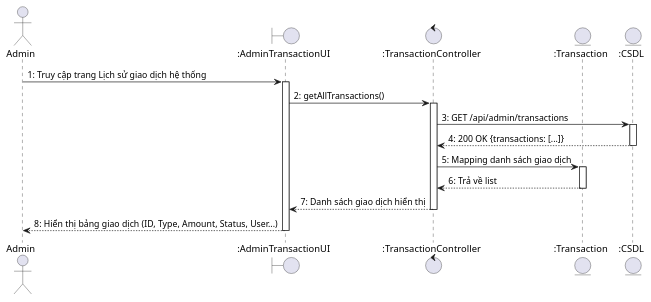
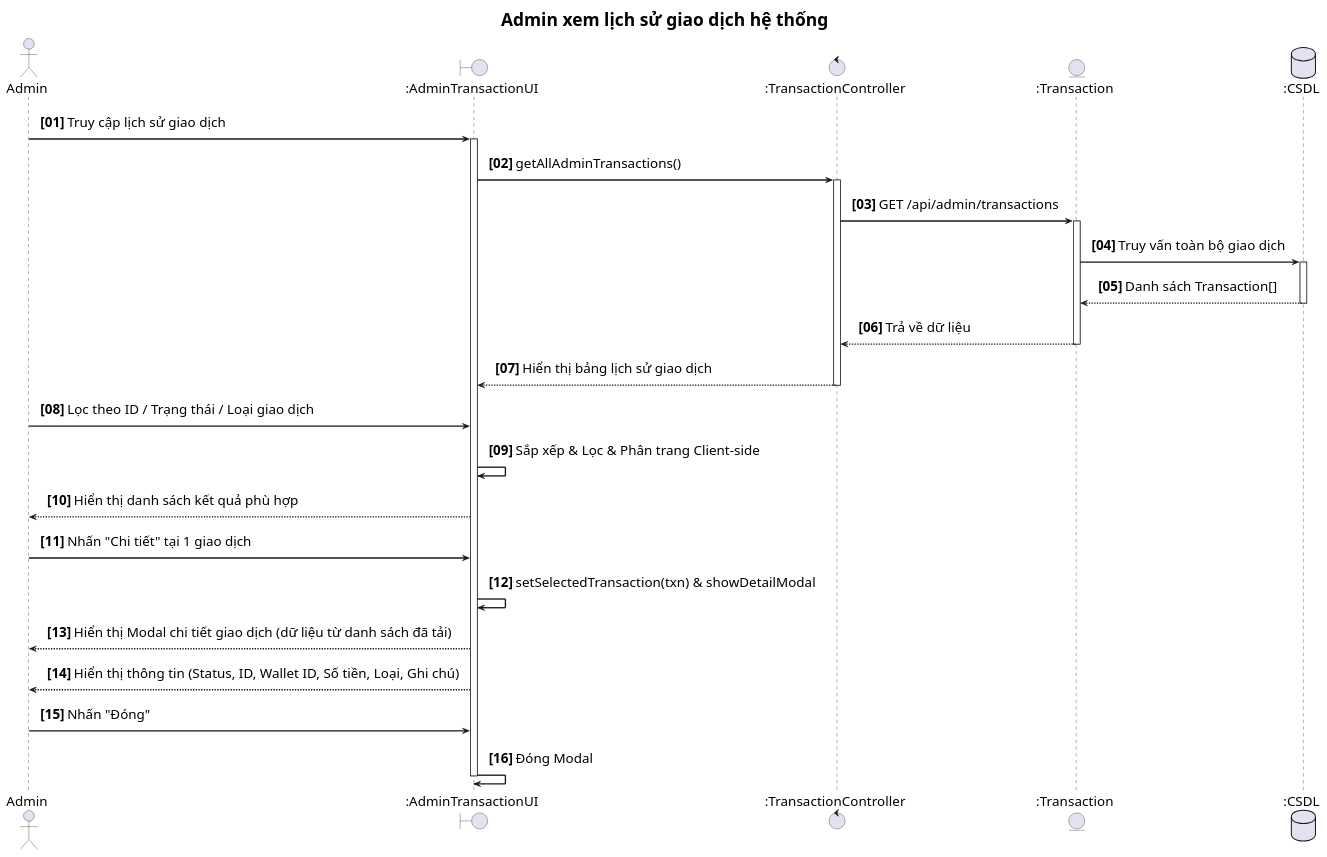
The diagram in front-end/src/usecaseUML/UC62_AdminXemGiaoDich.puml (Gonztbl/DATN_FRONT-END), drawn with PlantUML before and after one commit. The commit also changed 45 other files, not shown here.

```diff
--- a/front-end/src/usecaseUML/UC62_AdminXemGiaoDich.puml
+++ b/front-end/src/usecaseUML/UC62_AdminXemGiaoDich.puml
@@ -1,29 +1,56 @@
 @startuml UC62_AdminXemGiaoDich
-actor Admin
+title Admin xem lịch sử giao dịch hệ thống
+
+autonumber "<b>[00]</b>"
+skinparam sequenceArrowThickness 2
+skinparam roundcorner 10
+skinparam defaultFontSize 20
+skinparam titleFontSize 26
+skinparam sequenceFontSize 19
+skinparam sequenceMessageFontSize 20
+skinparam sequenceActorFontSize 20
+skinparam sequenceParticipantFontSize 20
+skinparam noteFontSize 18
+skinparam sequenceArrowFontSize 20
+skinparam sequence {
+    ParticipantPadding 30
+    LifeLinePadding 20
+    MessagePadding 10
+}
+
+actor "Admin" as Admin
 boundary ":AdminTransactionUI" as UI
 control ":TransactionController" as CTRL
 entity ":Transaction" as ENT
-entity ":CSDL" as DB
+database ":CSDL" as DB
 
-Admin -> UI : 1: Truy cập trang Lịch sử giao dịch hệ thống
+Admin -> UI : Truy cập lịch sử giao dịch
 activate UI
 
-UI -> CTRL : 2: getAllTransactions()
+UI -> CTRL : getAllAdminTransactions()
 activate CTRL
-
-CTRL -> DB : 3: GET /api/admin/transactions
+CTRL -> ENT : GET /api/admin/transactions
+activate ENT
+ENT -> DB : Truy vấn toàn bộ giao dịch
 activate DB
-DB --> CTRL : 4: 200 OK {transactions: [...]}
+DB --> ENT : Danh sách Transaction[]
 deactivate DB
-
-CTRL -> ENT : 5: Mapping danh sách giao dịch
-activate ENT
-ENT --> CTRL : 6: Trả về list
+ENT --> CTRL : Trả về dữ liệu
 deactivate ENT
-
-CTRL --> UI : 7: Danh sách giao dịch hiển thị
+CTRL --> UI : Hiển thị bảng lịch sử giao dịch
 deactivate CTRL
 
-UI --> Admin : 8: Hiển thị bảng giao dịch (ID, Type, Amount, Status, User...)
+Admin -> UI : Lọc theo ID / Trạng thái / Loại giao dịch
+UI -> UI : Sắp xếp & Lọc & Phân trang Client-side
+UI --> Admin : Hiển thị danh sách kết quả phù hợp
+
+Admin -> UI : Nhấn "Chi tiết" tại 1 giao dịch
+UI -> UI : setSelectedTransaction(txn) & showDetailModal
+UI --> Admin : Hiển thị Modal chi tiết giao dịch (dữ liệu từ danh sách đã tải)
+
+UI --> Admin : Hiển thị thông tin (Status, ID, Wallet ID, Số tiền, Loại, Ghi chú)
+Admin -> UI : Nhấn "Đóng"
+UI -> UI : Đóng Modal
+
 deactivate UI
 @enduml
```
